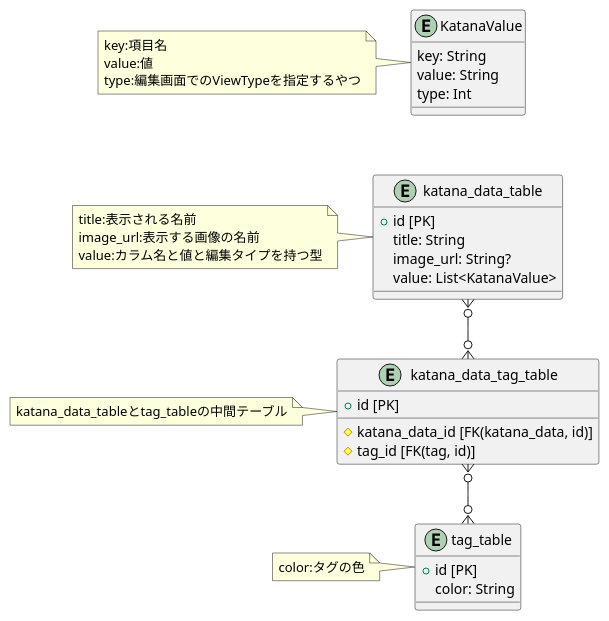
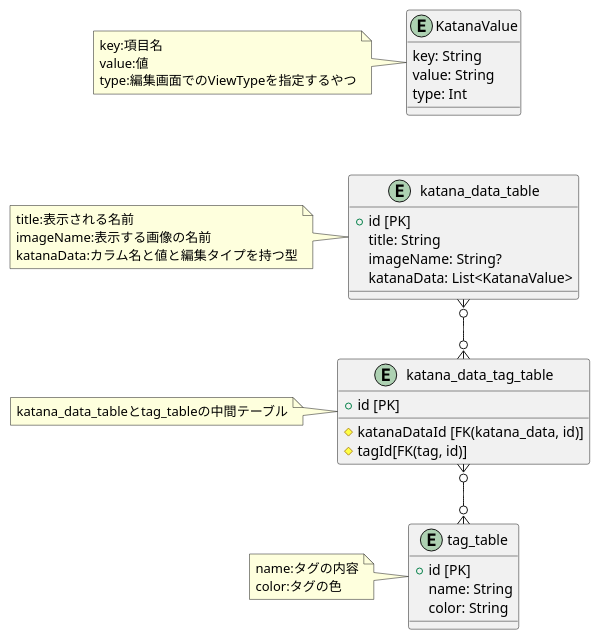
One commit to Wansuko-cmd/New-Katana-Recorder changed the diagram in uml/データベースの構造.puml. Above: the diagram before and after it, drawn with PlantUML. The commit also changed 14 other files, not shown here.

```diff
--- a/uml/データベースの構造.puml
+++ b/uml/データベースの構造.puml
@@ -1,51 +1,53 @@
 @startuml
 entity "katana_data_table"{
     + id [PK]
     title: String
-    image_url: String?
-    value: List<KatanaValue>
+    imageName: String?
+    katanaData: List<KatanaValue>
 }
 
 note left
     title:表示される名前
-    image_url:表示する画像の名前
-    value:カラム名と値と編集タイプを持つ型
+    imageName:表示する画像の名前
+    katanaData:カラム名と値と編集タイプを持つ型
 end note
 
 entity "katana_data_tag_table"{
     + id [PK]
-    #katana_data_id [FK(katana_data, id)]
-    #tag_id [FK(tag, id)]
+    #katanaDataId [FK(katana_data, id)]
+    #tagId[FK(tag, id)]
 }
 
 note left
     katana_data_tableとtag_tableの中間テーブル
 end note
 
 entity "tag_table"{
     + id [PK]
+    name: String
     color: String
 }
 
 note left
+    name:タグの内容
     color:タグの色
 end note
 
 entity "KatanaValue"{
     key: String
     value: String
     type: Int
 }
 
 note left
     key:項目名
     value:値
     type:編集画面でのViewTypeを指定するやつ
 end note
 
 KatanaValue -[hidden]do- katana_data_table
 
 katana_data_table}o--o{katana_data_tag_table
 katana_data_tag_table}o--o{tag_table
 
 @enduml
```
